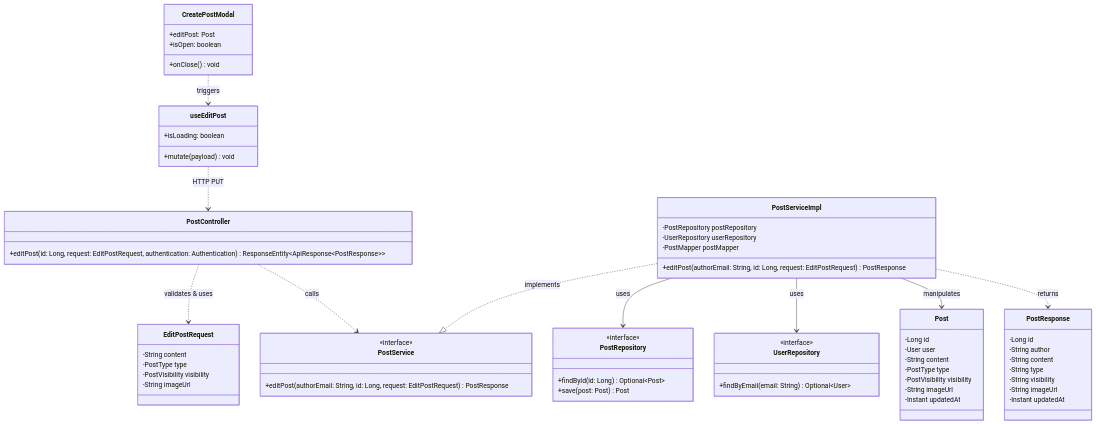
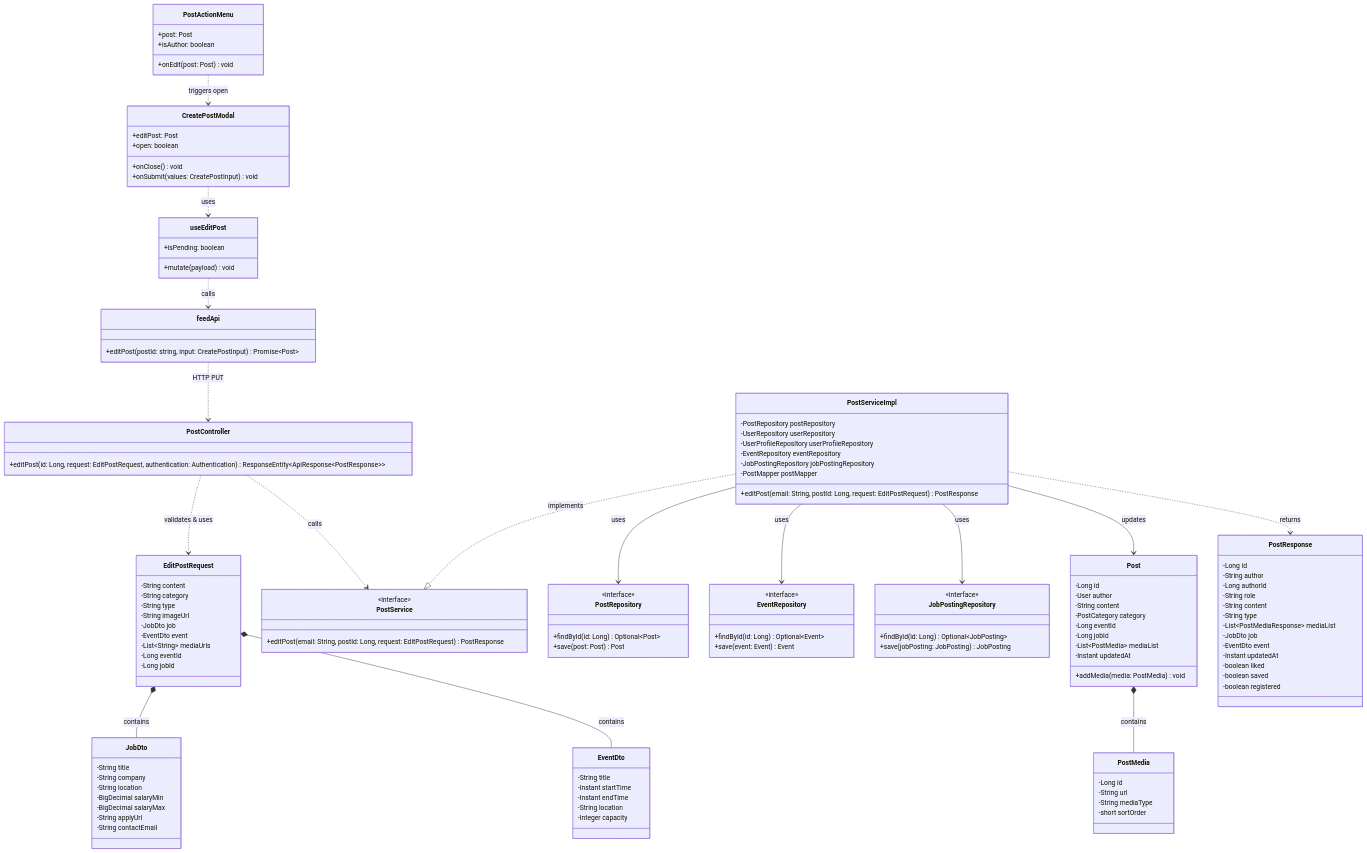
One commit to Alumnect/Alumnect changed the second of 3 diagrams in docs/update_SRS/SRS_UC_22_EditPost.md. Above: the diagram before and after it, drawn with Mermaid. The commit also changed other lines of this file, not shown here.

Commit message:
docs(srs): synchronize SRS_UC_22_EditPost with actual codebase

````diff
--- a/docs/update_SRS/SRS_UC_22_EditPost.md
+++ b/docs/update_SRS/SRS_UC_22_EditPost.md
@@ -118,32 +167,64 @@
     %% DTO Layer
     class EditPostRequest {
         -String content
-        -PostType type
-        -PostVisibility visibility
+        -String category
+        -String type
         -String imageUrl
+        -JobDto job
+        -EventDto event
+        -List~String~ mediaUrls
+        -Long eventId
+        -Long jobId
+    }
+
+    class JobDto {
+        -String title
+        -String company
+        -String location
+        -BigDecimal salaryMin
+        -BigDecimal salaryMax
+        -String applyUrl
+        -String contactEmail
+    }
+
+    class EventDto {
+        -String title
+        -Instant startTime
+        -Instant endTime
+        -String location
+        -Integer capacity
     }
 
     class PostResponse {
         -Long id
         -String author
+        -Long authorId
+        -String role
         -String content
         -String type
-        -String visibility
-        -String imageUrl
+        -List~PostMediaResponse~ mediaList
+        -JobDto job
+        -EventDto event
         -Instant updatedAt
+        -boolean liked
+        -boolean saved
+        -boolean registered
     }
 
     %% Service Layer
     class PostService {
         <<interface>>
-        +editPost(authorEmail: String, id: Long, request: EditPostRequest) PostResponse
+        +editPost(email: String, postId: Long, request: EditPostRequest) PostResponse
     }
 
     class PostServiceImpl {
         -PostRepository postRepository
         -UserRepository userRepository
+        -UserProfileRepository userProfileRepository
+        -EventRepository eventRepository
+        -JobPostingRepository jobPostingRepository
         -PostMapper postMapper
-        +editPost(authorEmail: String, id: Long, request: EditPostRequest) PostResponse
+        +editPost(email: String, postId: Long, request: EditPostRequest) PostResponse
     }
 
     %% Repository & Entity
@@ -153,40 +234,73 @@
         +save(post: Post) Post
     }
 
-    class UserRepository {
+    class EventRepository {
         <<interface>>
-        +findByEmail(email: String) Optional~User~
+        +findById(id: Long) Optional~Event~
+        +save(event: Event) Event
+    }
+
+    class JobPostingRepository {
+        <<interface>>
+        +findById(id: Long) Optional~JobPosting~
+        +save(jobPosting: JobPosting) JobPosting
     }
 
     class Post {
         -Long id
-        -User user
+        -User author
         -String content
-        -PostType type
-        -PostVisibility visibility
-        -String imageUrl
+        -PostCategory category
+        -Long eventId
+        -Long jobId
+        -List~PostMedia~ mediaList
         -Instant updatedAt
+        +addMedia(media: PostMedia) void
+    }
+
+    class PostMedia {
+        -Long id
+        -String url
+        -String mediaType
+        -short sortOrder
     }
 
     %% Frontend Components & Hooks
+    class PostActionMenu {
+        +post: Post
+        +isAuthor: boolean
+        +onEdit(post: Post) void
+    }
+
     class CreatePostModal {
         +editPost: Post
-        +isOpen: boolean
+        +open: boolean
         +onClose() void
+        +onSubmit(values: CreatePostInput) void
     }
 
     class useEditPost {
         +mutate(payload) void
-        +isLoading: boolean
+        +isPending: boolean
+    }
+
+    class feedApi {
+        +editPost(postId: string, input: CreatePostInput) Promise~Post~
     }
 
     PostController ..> EditPostRequest : validates & uses
+    EditPostRequest *-- JobDto : contains
+    EditPostRequest *-- EventDto : contains
     PostController ..> PostService : calls
     PostServiceImpl ..|> PostService : implements
     PostServiceImpl --> PostRepository : uses
-    PostServiceImpl --> UserRepository : uses
-    PostServiceImpl --> Post : manipulates
+    PostServiceImpl --> EventRepository : uses
+    PostServiceImpl --> JobPostingRepository : uses
+    PostServiceImpl --> Post : updates
+    Post *-- PostMedia : contains
     PostServiceImpl ..> PostResponse : returns
-    CreatePostModal ..> useEditPost : triggers
-    useEditPost ..> PostController : HTTP PUT
+    PostActionMenu ..> CreatePostModal : triggers open
+    CreatePostModal ..> useEditPost : uses
+    useEditPost ..> feedApi : calls
+    feedApi ..> PostController : HTTP PUT
 ```
````
